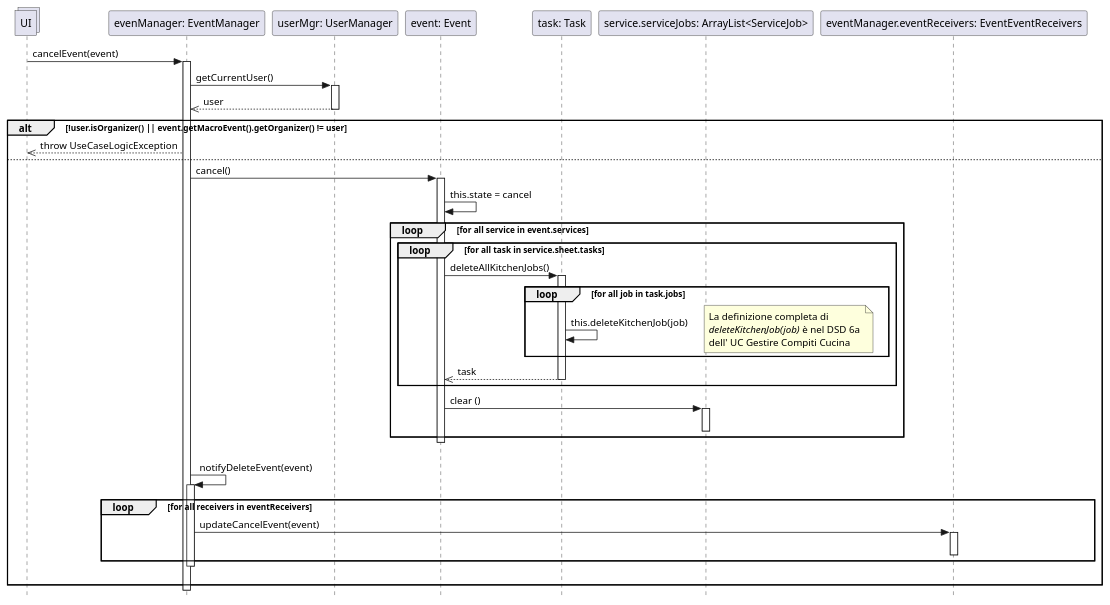
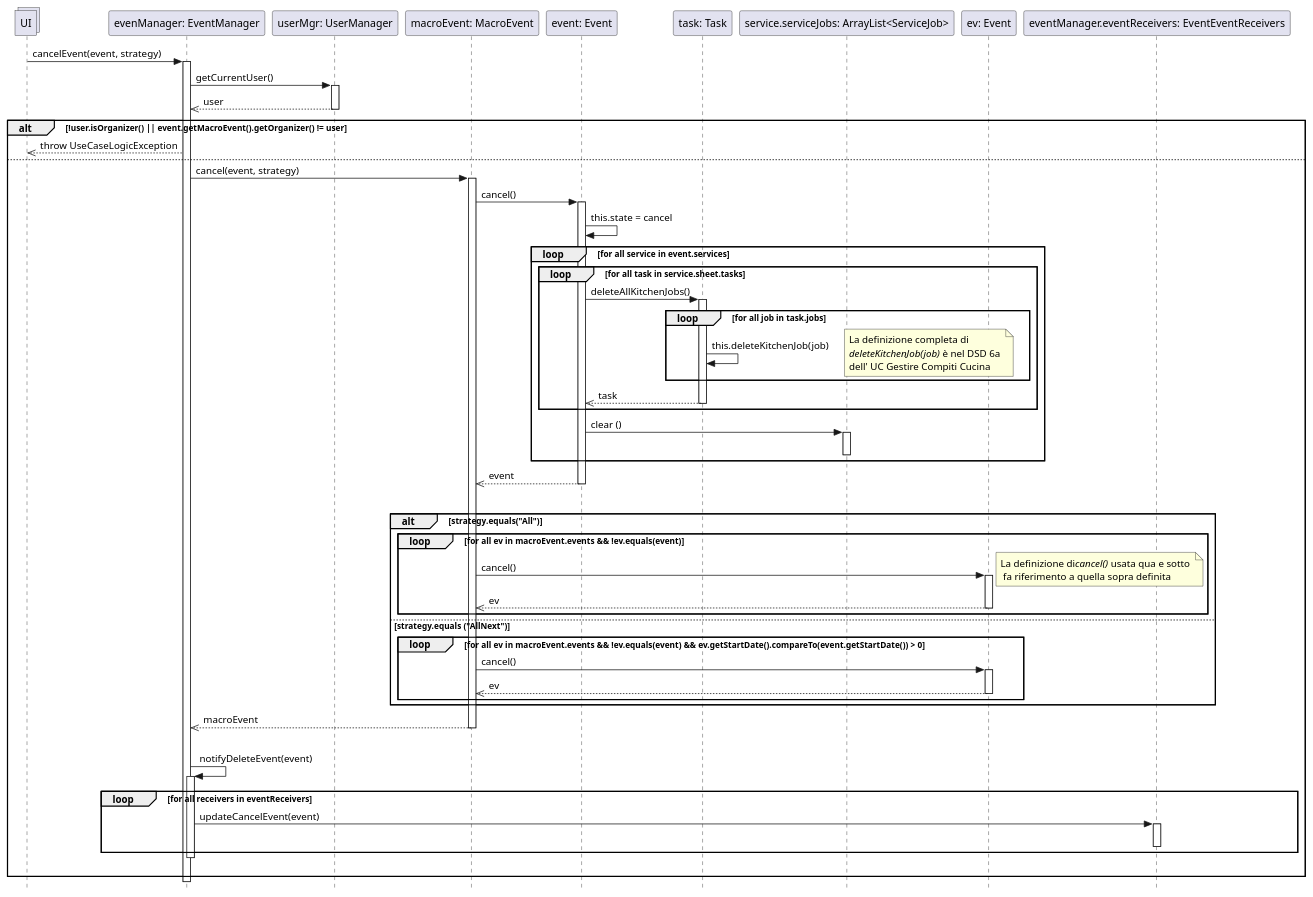
The diagram in UP/Progettazione/UC Gestire Eventi/DSD/DSD Operazione 1a.2.puml (stefa168/sas-project), drawn with PlantUML before and after one commit. The commit also changed 1 other file, not shown here.

```diff
--- a/UP/Progettazione/UC Gestire Eventi/DSD/DSD Operazione 1a.2.puml
+++ b/UP/Progettazione/UC Gestire Eventi/DSD/DSD Operazione 1a.2.puml
@@ -1,58 +1,84 @@
 @startuml
 skinparam Style strictuml
 
 collections UI
 participant "evenManager: EventManager" as em
 participant "userMgr: UserManager" as um
-participant "event: Event" as ev
+participant "macroEvent: MacroEvent" as maev
+participant "event: Event" as event
 participant "task: Task" as task
 participant "service.serviceJobs: ArrayList<ServiceJob>" as sj
+participant "ev: Event" as ev
 participant "eventManager.eventReceivers: EventEventReceivers" as eer
 
-UI -> em: cancelEvent(event)
+UI -> em: cancelEvent(event, strategy)
 activate em
     em -> um: getCurrentUser()
     activate um
         em <<-- um: user
     deactivate um
 
     alt !user.isOrganizer() || event.getMacroEvent().getOrganizer() != user
         UI <<-- em: throw UseCaseLogicException
     else
-        em -> ev: cancel()
-        activate ev
-            ev -> ev: this.state = cancel
+
+        em -> maev: cancel(event, strategy)
+        activate maev
+
+
+            maev -> event: cancel()
+            activate event
+            event -> event: this.state = cancel
 
             loop for all service in event.services
                 loop for all task in service.sheet.tasks
-                    ev -> task: deleteAllKitchenJobs()
+                    event -> task: deleteAllKitchenJobs()
                     activate task
                     loop for all job in task.jobs
                         task -> task: this.deleteKitchenJob(job)
                         note right: La definizione completa di\n//deleteKitchenJob(job)// è nel DSD 6a \ndell' UC Gestire Compiti Cucina
                     end
-                    ev <<-- task: task
+                    event <<-- task: task
                     deactivate task
 
                 end
 
-                ev -> sj: clear ()
+                event -> sj: clear ()
                 activate sj
                 deactivate sj
             end
-
-        deactivate ev
+            maev <<-- event: event
+            deactivate event
+            |||
+            alt strategy.equals("All")
+                loop for all ev in macroEvent.events && !ev.equals(event)
+                    maev -> ev: cancel()
+                    note right: La definizione di//cancel()// usata qua e sotto \n fa riferimento a quella sopra definita
+                    activate ev
+                    maev <<-- ev: ev
+                    deactivate ev
+                end
+            else strategy.equals ("AllNext")
+                loop for all ev in macroEvent.events && !ev.equals(event) && ev.getStartDate().compareTo(event.getStartDate()) > 0
+                    maev -> ev: cancel()
+                    activate ev
+                    maev <<-- ev: ev
+                    deactivate ev
+                end
+            end
+        em <<-- maev: macroEvent
+        deactivate maev
         |||
         em -> em: notifyDeleteEvent(event)
         activate em
             loop for all receivers in eventReceivers
                 em -> eer: updateCancelEvent(event)
                 activate eer
                 deactivate eer
             end
         deactivate em
         |||
 
     end
 deactivate em
 @enduml
```
